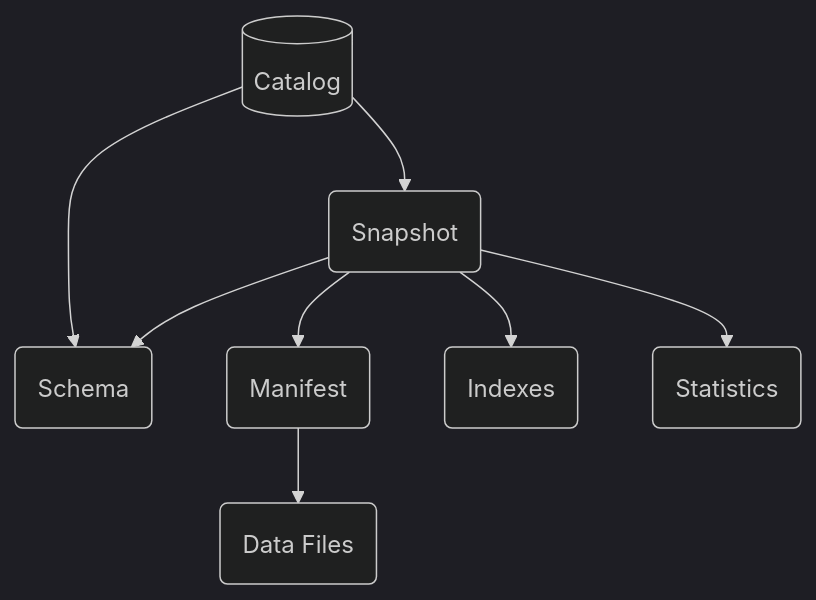
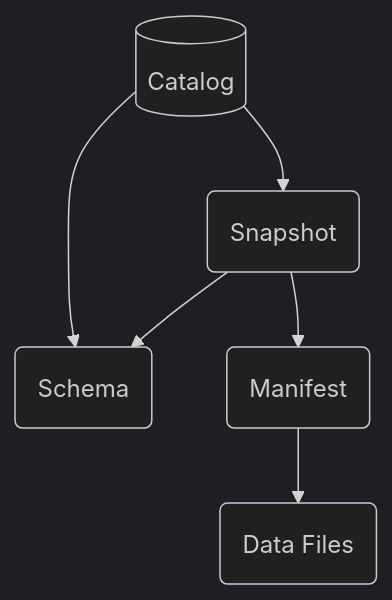
The diagram in README.md (mabel-dev/tarchia), drawn with Mermaid (dark theme) before and after one commit. The commit also changed other lines of this file, not shown here.

```diff
--- a/README.md
+++ b/README.md
@@ -38,10 +32,8 @@
 ~~~mermaid
 flowchart TD
     CATALOG[(Catalog)] --> SNAPSHOT(Snapshot)
     CATALOG  --> SCHEMA(Schema)
     SNAPSHOT --> SCHEMA
     SNAPSHOT --> MANIFEST(Manifest)
-    SNAPSHOT --> INDEX(Indexes)
-    SNAPSHOT --> STATS(Statistics)
     MANIFEST --> DATA(Data Files)
 ~~~
```
